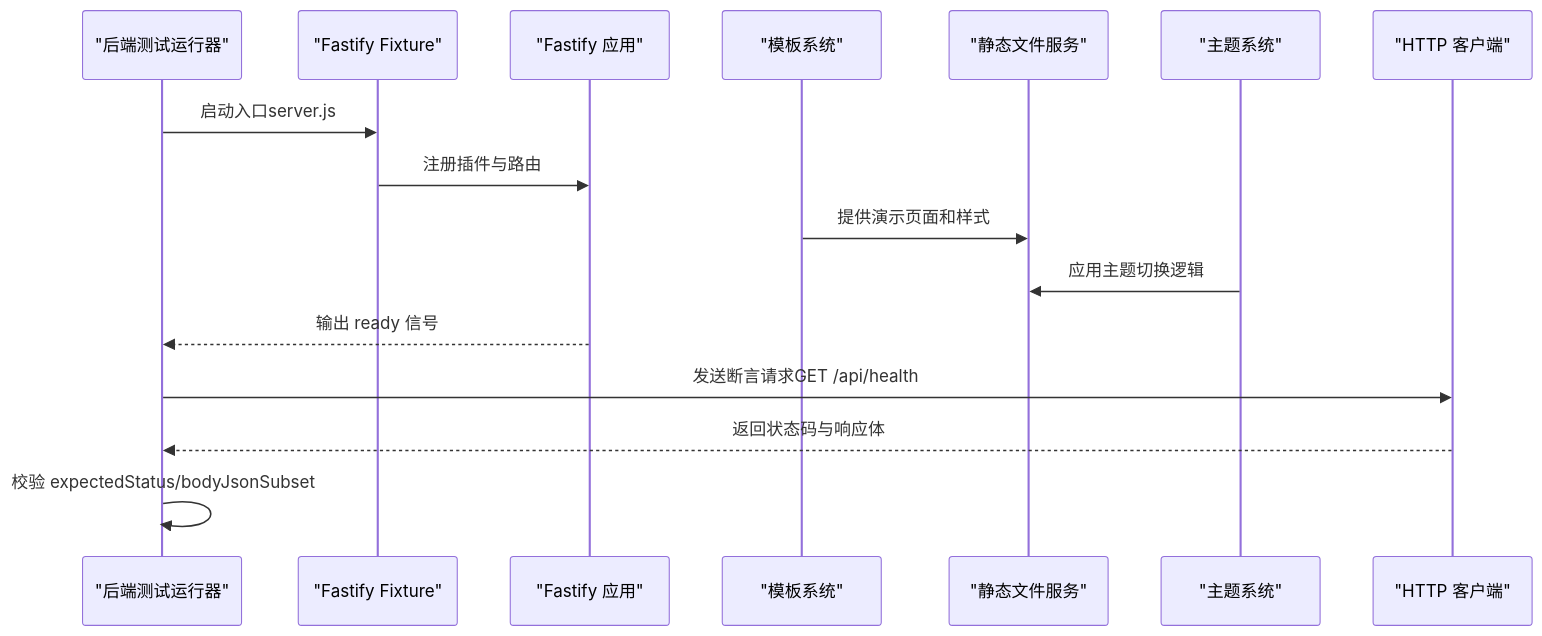
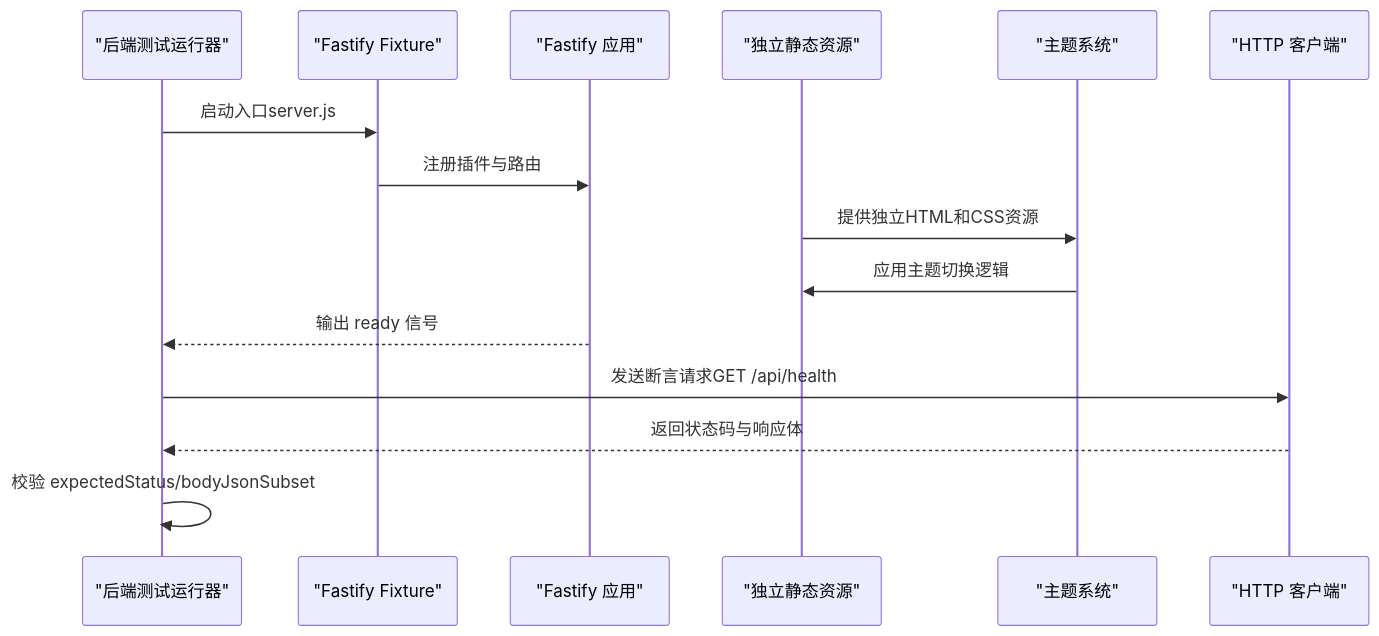
Before and after one commit to esa-sp/test-for-aone-ci: the fifth of 9 diagrams in .qoder/repowiki/zh/content/后端框架测试/后端框架测试.md, drawn with Mermaid. The commit also changed other lines of this file and 5 other files, not shown here.

````diff
--- a/.qoder/repowiki/zh/content/后端框架测试/后端框架测试.md
+++ b/.qoder/repowiki/zh/content/后端框架测试/后端框架测试.md
@@ -283,18 +247,17 @@
 ```mermaid
 sequenceDiagram
 participant Runner as "后端测试运行器"
 participant Fixture as "Fastify Fixture"
 participant App as "Fastify 应用"
-participant Template as "模板系统"
-participant Static as "静态文件服务"
+participant Static as "独立静态资源"
 participant Theme as "主题系统"
 participant HTTP as "HTTP 客户端"
 Runner->>Fixture : 启动入口server.js
 Fixture->>App : 注册插件与路由
-Template->>Static : 提供演示页面和样式
+Static->>Theme : 提供独立HTML和CSS资源
 Theme->>Static : 应用主题切换逻辑
 App-->>Runner : 输出 ready 信号
 Runner->>HTTP : 发送断言请求GET /api/health
 HTTP-->>Runner : 返回状态码与响应体
 Runner->>Runner : 校验 expectedStatus/bodyJsonSubset
 ```
````
